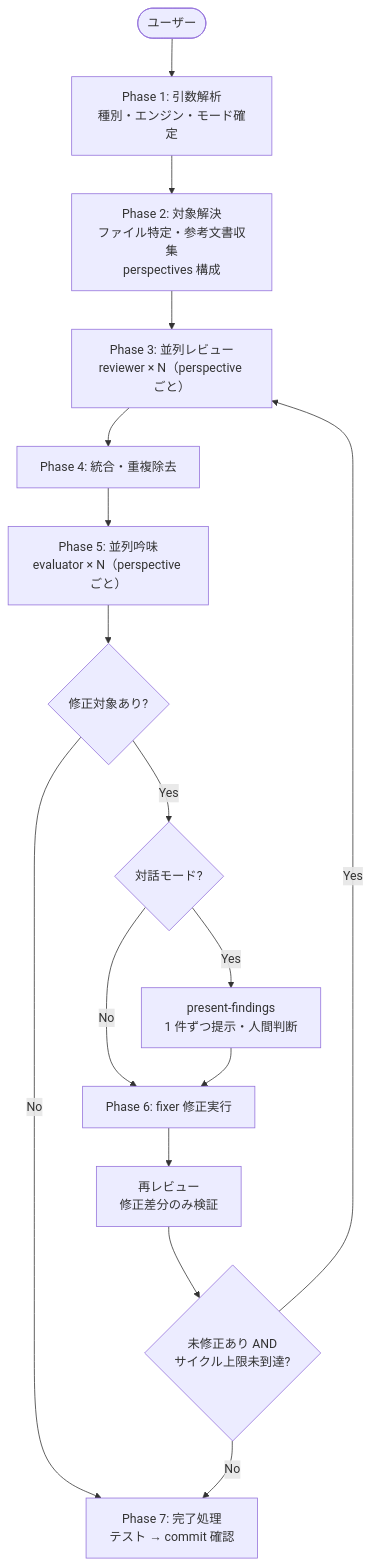
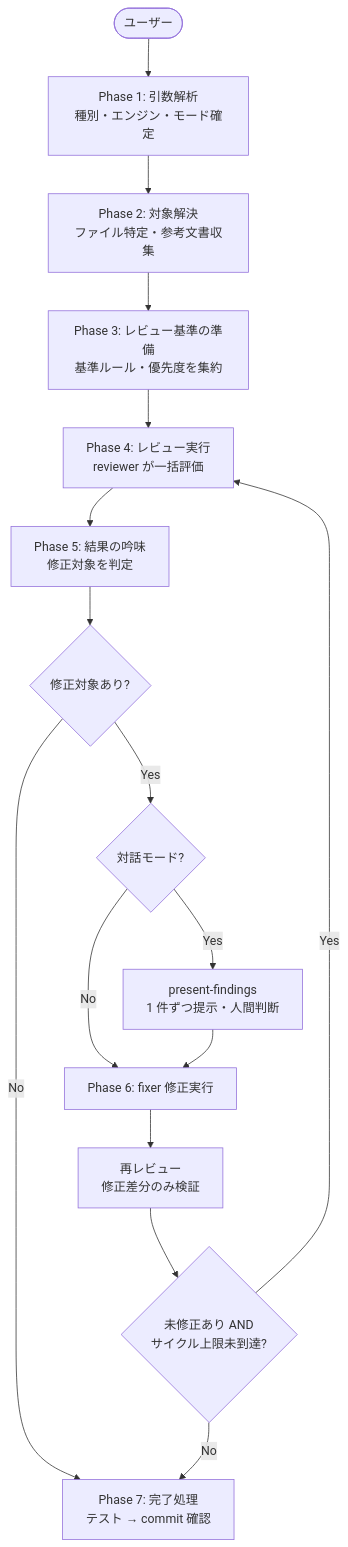
One commit to BlueEventHorizon/bw-cc-plugins changed the diagram in docs/readme/forge/guide_review_ja.md. Above: the diagram before and after it, drawn with Mermaid. The commit also changed other lines of this file and 9 other files, not shown here.

First line of the commit message:
docs: 旧 perspective 仕様を撤廃し reviewer 1 起動原則に整合

````diff
--- a/docs/readme/forge/guide_review_ja.md
+++ b/docs/readme/forge/guide_review_ja.md
@@ -42,34 +42,34 @@
 ```mermaid
 flowchart TD
     START([ユーザー]) --> P1
 
     P1["Phase 1: 引数解析<br/>種別・エンジン・モード確定"] --> P2
 
-    P2["Phase 2: 対象解決<br/>ファイル特定・参考文書収集<br/>perspectives 構成"] --> P3
+    P2["Phase 2: 対象解決<br/>ファイル特定・参考文書収集"] --> P3
 
-    P3["Phase 3: 並列レビュー<br/>reviewer × N（perspective ごと）"] --> P4
+    P3["Phase 3: レビュー基準の準備<br/>基準ルール・優先度を集約"] --> P4
 
-    P4["Phase 4: 統合・重複除去"] --> P5
+    P4["Phase 4: レビュー実行<br/>reviewer が一括評価"] --> P5
 
-    P5["Phase 5: 並列吟味<br/>evaluator × N（perspective ごと）"] --> CHECK
+    P5["Phase 5: 結果の吟味<br/>修正対象を判定"] --> CHECK
 
     CHECK{修正対象あり?}
     CHECK -->|No| P7
     CHECK -->|Yes| MODE
 
     MODE{対話モード?}
     MODE -->|Yes| PRESENT
     MODE -->|No| FIXER
 
     PRESENT["present-findings<br/>1 件ずつ提示・人間判断"] --> FIXER
 
     FIXER["Phase 6: fixer 修正実行"] --> REREV
 
     REREV["再レビュー<br/>修正差分のみ検証"] --> CYCLE
 
     CYCLE{未修正あり AND<br/>サイクル上限未到達?}
-    CYCLE -->|Yes| P3
+    CYCLE -->|Yes| P4
     CYCLE -->|No| P7
 
     P7["Phase 7: 完了処理<br/>テスト → commit 確認"]
 ```
````
